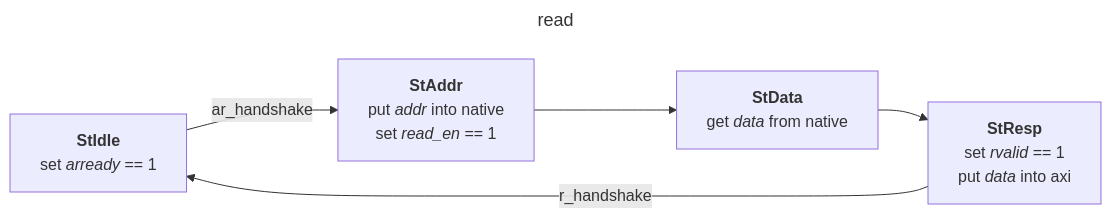
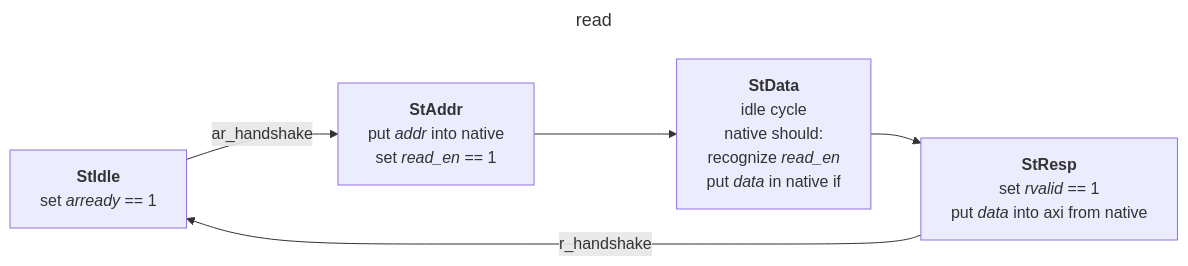
One commit to BROsandr/vga changed the first of 2 diagrams in rtl/axil_fsm_diagram.md. Above: the diagram before and after it, drawn with Mermaid. The commit also changed 1 other file, not shown here.

Commit message:
Fix(axil_slave_fsm):Чтение в StResp
Отложили чтение на такт. Иначе не успевает slave синхронно защелкнуть
данные в интерфейс.

````diff
--- a/rtl/axil_fsm_diagram.md
+++ b/rtl/axil_fsm_diagram.md
@@ -1,22 +1,25 @@
 ```mermaid
 ---
 title: read
 ---
 
 graph LR
   StIdle -->|ar_handshake| StAddr
   StAddr --> StData
   StData --> StResp
   StResp -->|r_handshake| StIdle
 
   StIdle["`**StIdle**
       set *arready* == 1`"]
   StAddr["`**StAddr**
       put *addr* into native
       set *read_en* == 1`"]
   StData["`**StData**
-      get *data* from native`"]
+      idle cycle
+      native should:
+      recognize *read_en*
+      put *data* in native if`"]
   StResp["`**StResp**
       set *rvalid* == 1
-      put *data* into axi`"]
+      put *data* into axi from native`"]
 ```
````
